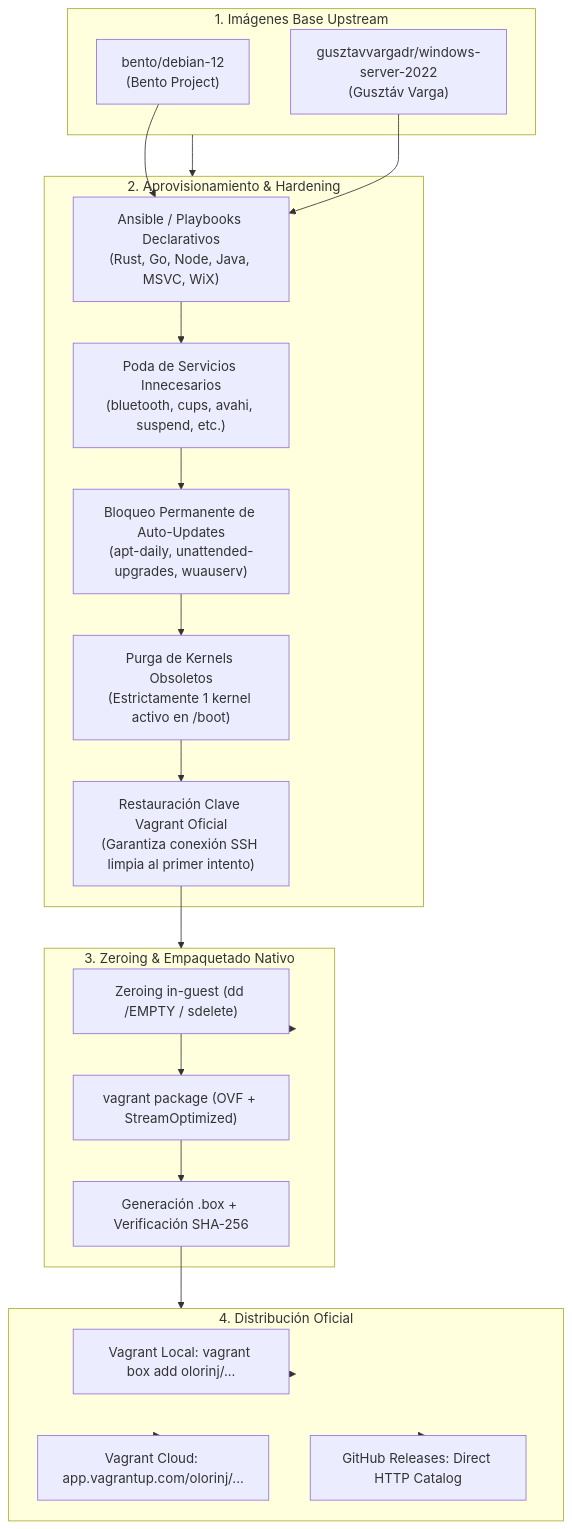
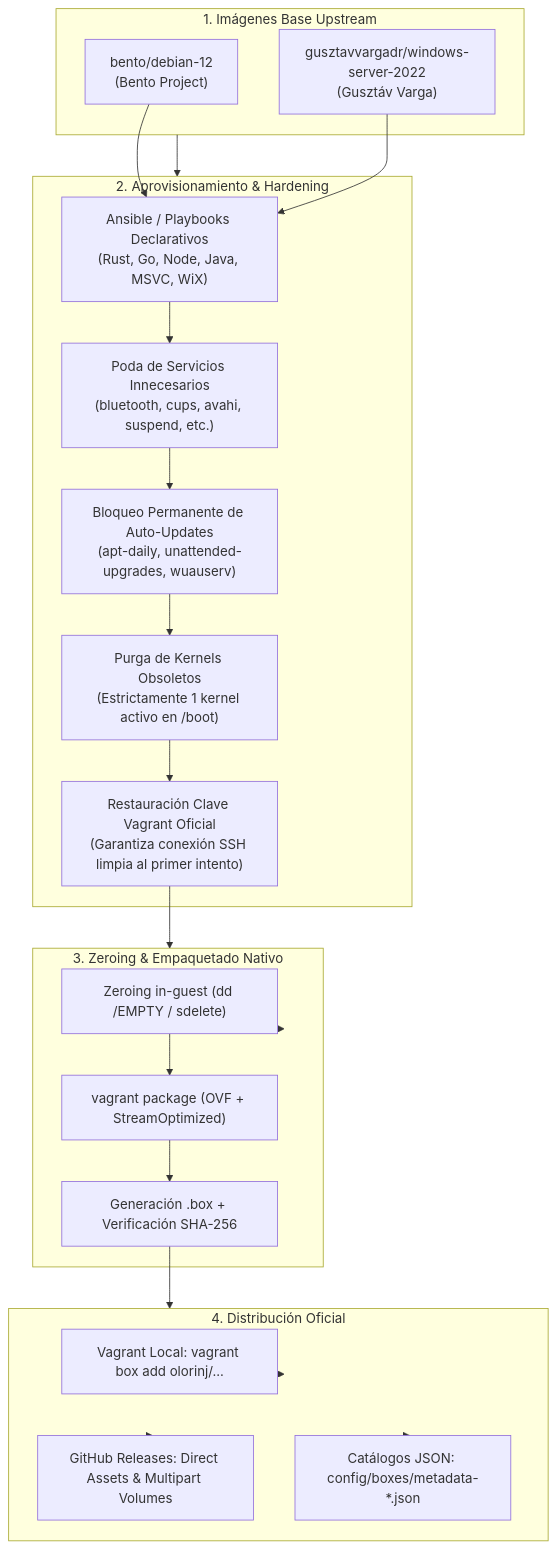
Before and after one commit to olorinj/dev-forge: the first of 2 diagrams in docs/vagrant-boxes-guide.md, drawn with Mermaid. The commit also changed other lines of this file and 6 other files, not shown here.

First line of the commit message:
feat(box): migrate box distribution from vagrant cloud to github releases

````diff
--- a/docs/vagrant-boxes-guide.md
+++ b/docs/vagrant-boxes-guide.md
@@ -5,38 +5,38 @@
 ```mermaid
 flowchart TD
     subgraph Upstream["1. Imágenes Base Upstream"]
         Bento["bento/debian-12<br/>(Bento Project)"]
         Gusztav["gusztavvargadr/windows-server-2022<br/>(Gusztáv Varga)"]
     end
 
     subgraph Provisioning["2. Aprovisionamiento & Hardening"]
         Ansible["Ansible / Playbooks Declarativos<br/>(Rust, Go, Node, Java, MSVC, WiX)"]
         CleanSrv["Poda de Servicios Innecesarios<br/>(bluetooth, cups, avahi, suspend, etc.)"]
         NoUpdate["Bloqueo Permanente de Auto-Updates<br/>(apt-daily, unattended-upgrades, wuauserv)"]
         OneKernel["Purga de Kernels Obsoletos<br/>(Estrictamente 1 kernel activo en /boot)"]
         InsecureKey["Restauración Clave Vagrant Oficial<br/>(Garantiza conexión SSH limpia al primer intento)"]
     end
 
     subgraph Packaging["3. Zeroing & Empaquetado Nativo"]
         Zeroing["Zeroing in-guest (dd /EMPTY / sdelete)"]
         BoxPkg["vagrant package (OVF + StreamOptimized)"]
         BoxTar["Generación .box + Verificación SHA-256"]
     end
 
     subgraph Distribution["4. Distribución Oficial"]
         LocalReg["Vagrant Local: vagrant box add olorinj/..."]
-        VagrantCloud["Vagrant Cloud: app.vagrantup.com/olorinj/..."]
-        GHReleases["GitHub Releases: Direct HTTP Catalog"]
+        GHReleases["GitHub Releases: Direct Assets & Multipart Volumes"]
+        GHMetadata["Catálogos JSON: config/boxes/metadata-*.json"]
     end
 
     Upstream --> Provisioning
     Bento --> Ansible
     Gusztav --> Ansible
     Ansible --> CleanSrv --> NoUpdate --> OneKernel --> InsecureKey
     InsecureKey --> Packaging
     Packaging --> Zeroing --> BoxPkg --> BoxTar
     BoxTar --> Distribution
     Distribution --> LocalReg
-    Distribution --> VagrantCloud
     Distribution --> GHReleases
+    Distribution --> GHMetadata
 ```
````
